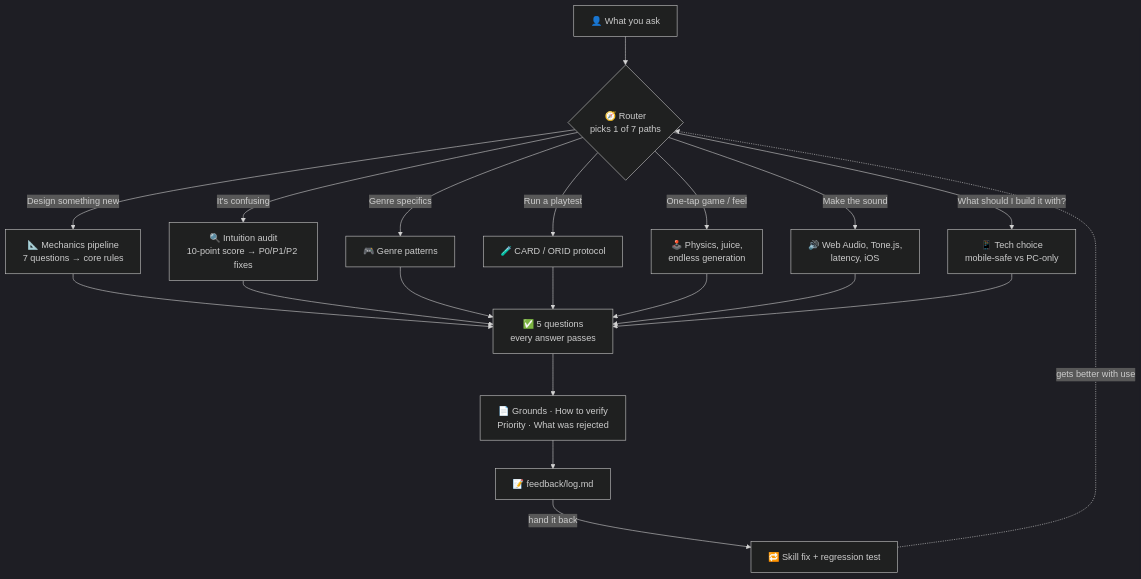
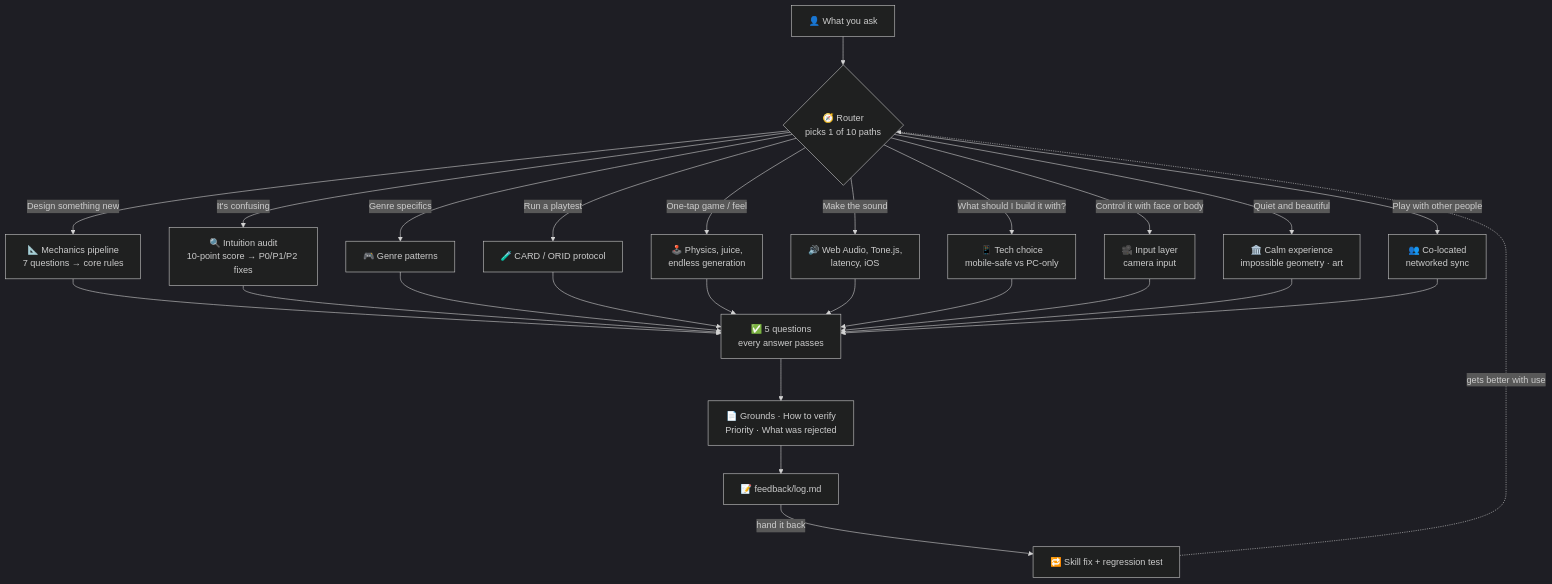
One commit to takaoumehara/intuitive-game-design-skill changed the diagram in README.md. Above: the diagram before and after it, drawn with Mermaid (dark theme). The commit also changed other lines of this file and 24 other files, not shown here.

````diff
--- a/README.md
+++ b/README.md
@@ -24,18 +24,21 @@
 ```mermaid
 flowchart TD
-    U["👤 What you ask"] --> R{"🧭 Router<br/>picks 1 of 7 paths"}
+    U["👤 What you ask"] --> R{"🧭 Router<br/>picks 1 of 10 paths"}
 
     R -->|"Design something new"| A["📐 Mechanics pipeline<br/>7 questions → core rules"]
     R -->|"It's confusing"| B["🔍 Intuition audit<br/>10-point score → P0/P1/P2 fixes"]
     R -->|"Genre specifics"| C["🎮 Genre patterns"]
     R -->|"Run a playtest"| D["🧪 CARD / ORID protocol"]
     R -->|"One-tap game / feel"| E["🕹️ Physics, juice,<br/>endless generation"]
     R -->|"Make the sound"| F["🔊 Web Audio, Tone.js,<br/>latency, iOS"]
     R -->|"What should I build it with?"| G["📱 Tech choice<br/>mobile-safe vs PC-only"]
+    R -->|"Control it with face or body"| H["🎥 Input layer<br/>camera input"]
+    R -->|"Quiet and beautiful"| I["🏛️ Calm experience<br/>impossible geometry · art"]
+    R -->|"Play with other people"| J["👥 Co-located<br/>networked sync"]
 
-    A & B & C & D & E & F & G --> Q["✅ 5 questions<br/>every answer passes"]
+    A & B & C & D & E & F & G & H & I & J --> Q["✅ 5 questions<br/>every answer passes"]
     Q --> O["📄 Grounds · How to verify<br/>Priority · What was rejected"]
     O --> L["📝 feedback/log.md"]
     L -->|"hand it back"| FIX["🔁 Skill fix + regression test"]
     FIX -.->|"gets better with use"| R
 ```
````
